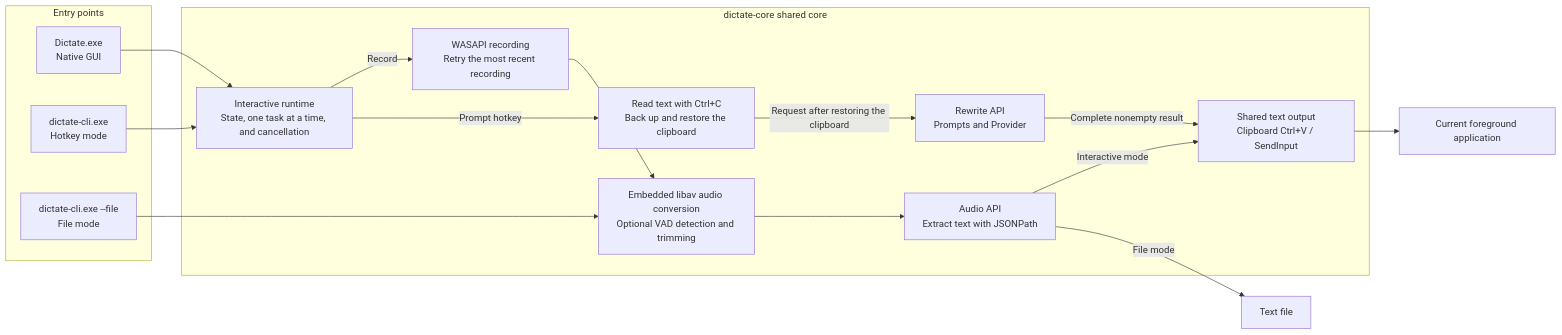
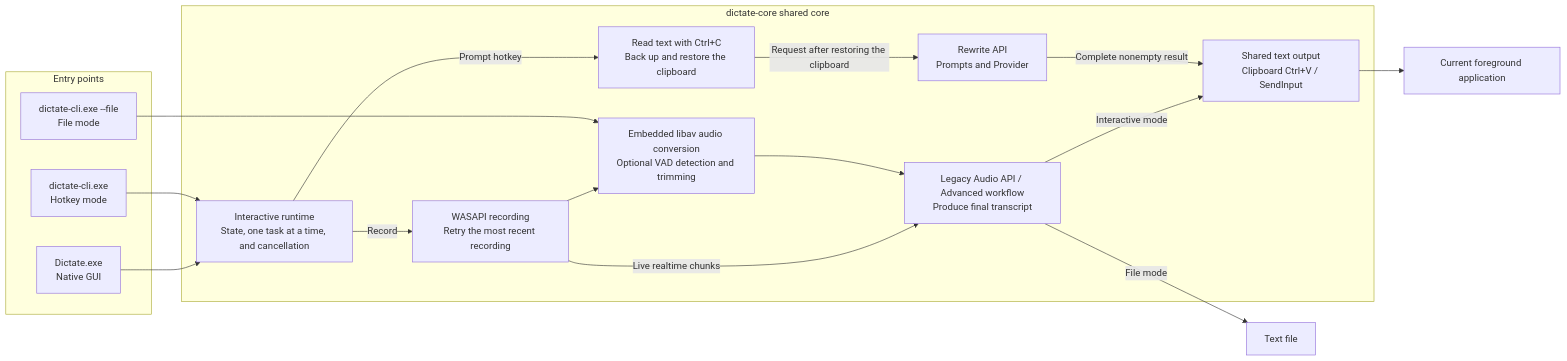
The first of 3 diagrams in README.md (Joey-Kot/Dictate-for-Windows), drawn with Mermaid before and after one commit. The commit also changed other lines of this file and 48 other files, not shown here.

First line of the commit message:
feat(advanced-audio): 实现声明式高级音频 API 工作流

````diff
--- a/README.md
+++ b/README.md
@@ -43,31 +44,32 @@
 ```mermaid
 flowchart LR
     subgraph Entry["Entry points"]
         GUI["Dictate.exe<br/>Native GUI"]
         CLI["dictate-cli.exe<br/>Hotkey mode"]
         FileMode["dictate-cli.exe --file<br/>File mode"]
     end
 
     subgraph Core["dictate-core shared core"]
         Runtime["Interactive runtime<br/>State, one task at a time, and cancellation"]
         Recorder["WASAPI recording<br/>Retry the most recent recording"]
         Selection["Read text with Ctrl+C<br/>Back up and restore the clipboard"]
         Prepare["Embedded libav audio conversion<br/>Optional VAD detection and trimming"]
-        ASR["Audio API<br/>Extract text with JSONPath"]
+        ASR["Legacy Audio API / Advanced workflow<br/>Produce final transcript"]
         Rewrite["Rewrite API<br/>Prompts and Provider"]
         Output["Shared text output<br/>Clipboard Ctrl+V / SendInput"]
     end
 
     GUI --> Runtime
     CLI --> Runtime
     Runtime -->|Record| Recorder
     Recorder --> Prepare
+    Recorder -->|Live realtime chunks| ASR
     FileMode --> Prepare
     Prepare --> ASR
     Runtime -->|Prompt hotkey| Selection
     Selection -->|Request after restoring the clipboard| Rewrite
     ASR -->|Interactive mode| Output
     Rewrite -->|Complete nonempty result| Output
     Output --> App["Current foreground application"]
     ASR -->|File mode| TextFile["Text file"]
 ```
````
